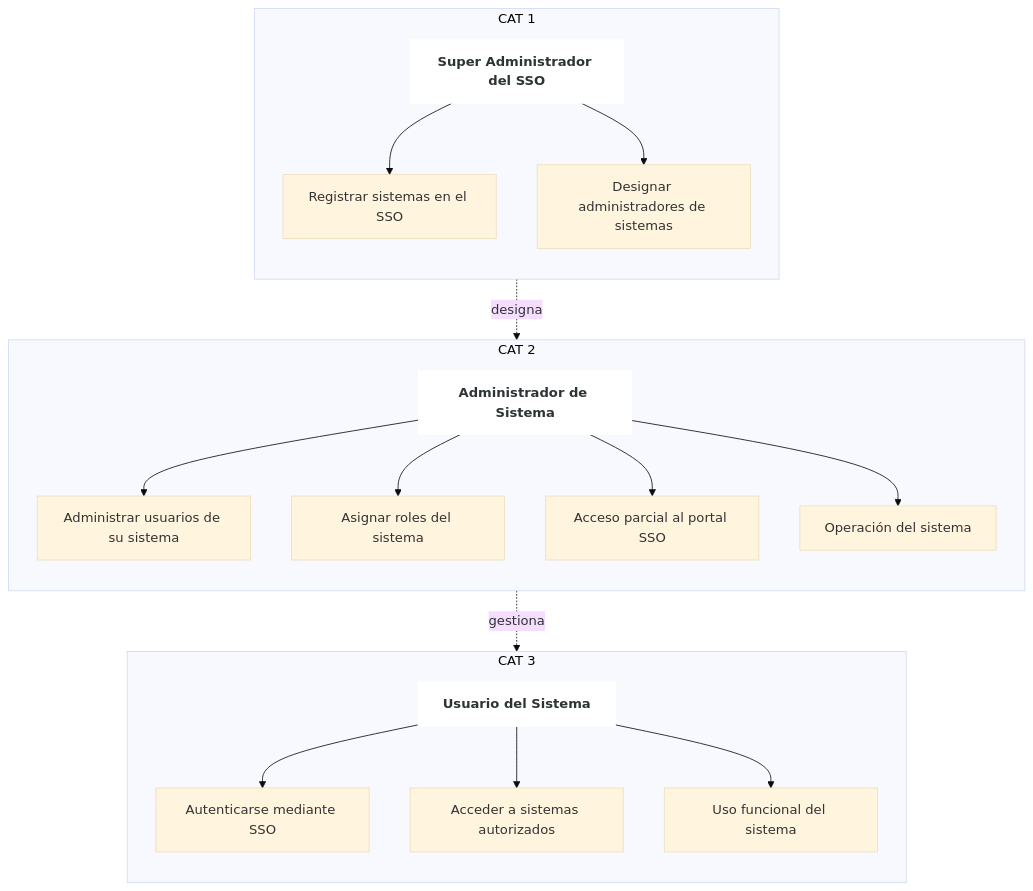
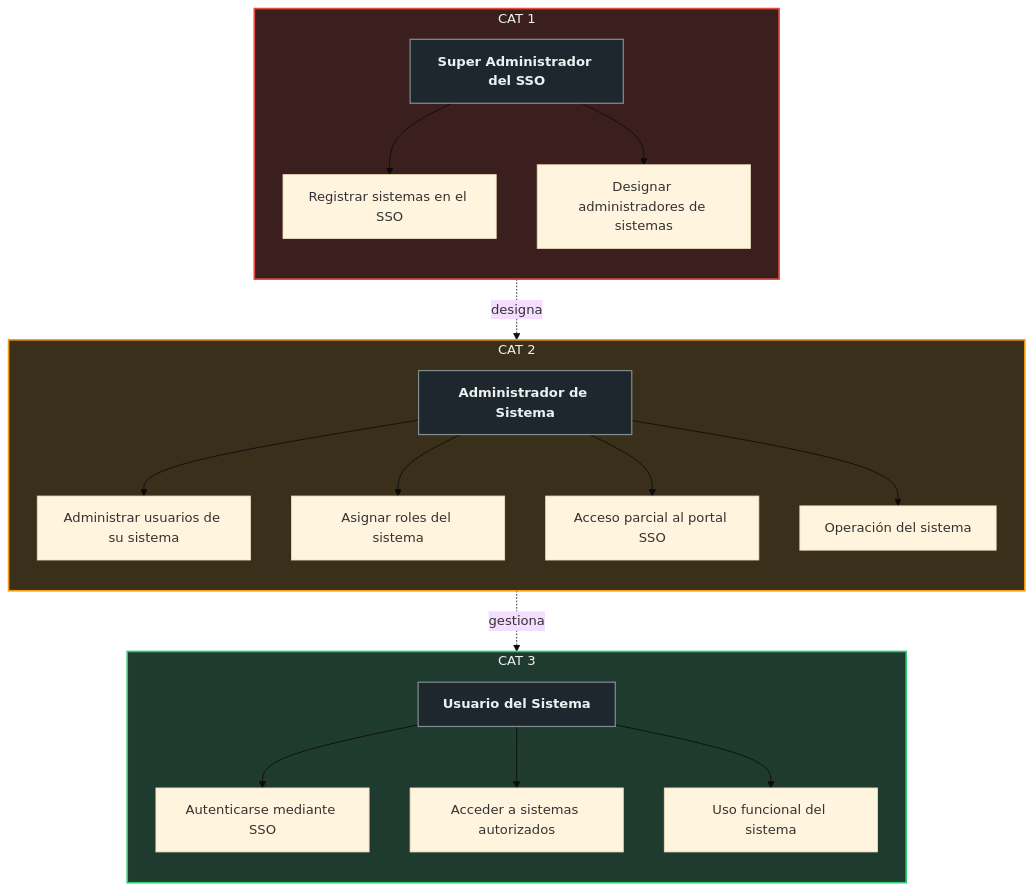
The diagram in docs/diagrams/sso-governance/diagram-02-systems-administration.mmd (jvaldezb/Sso), drawn with Mermaid (base theme) before and after one commit. The commit also changed 5 other files, not shown here.

```diff
--- a/docs/diagrams/sso-governance/diagram-02-systems-administration.mmd
+++ b/docs/diagrams/sso-governance/diagram-02-systems-administration.mmd
@@ -1,61 +1,69 @@
 flowchart TB
 
     %% ===============================
     %% CATEGORÍA 1 – SUPER ADMIN SSO
     %% ===============================
     subgraph CAT1[CAT 1]
         direction TB
         H1[Super Administrador del SSO]
 
         S1[Registrar sistemas en el SSO]
         S2[Designar administradores de sistemas]
 
         H1 --> S1
         H1 --> S2
     end
 
     %% ===============================
     %% CATEGORÍA 2 – ADMIN SISTEMA
     %% ===============================
     subgraph CAT2[CAT 2]
         direction TB
         H2[Administrador de Sistema]
 
         A1[Administrar usuarios de su sistema]
         A2[Asignar roles del sistema]
         A3[Acceso parcial al portal SSO]
         A4[Operación del sistema]
 
         H2 --> A1
         H2 --> A2
         H2 --> A3
         H2 --> A4
     end
 
     %% ===============================
     %% CATEGORÍA 3 – USUARIO FINAL
     %% ===============================
     subgraph CAT3[CAT 3]
         direction TB
         H3[Usuario del Sistema]
 
         U1[Autenticarse mediante SSO]
         U2[Acceder a sistemas autorizados]
         U3[Uso funcional del sistema]
 
         H3 --> U1
         H3 --> U2
         H3 --> U3
     end
 
     %% ===============================
     %% RELACIONES DE GESTIÓN
     %% ===============================
     S2 -.->|designa| H2
     H2 -.->|gestiona| H3
 
     %% ===============================
-    %% ESTILOS
+    %% ESTILOS DARK MODE (CON BORDES)
     %% ===============================
-    classDef header fill:#ffffff,stroke:#ffffff,color:#2d3436,font-weight:bold;
-    class H1,H2,H3 header;
+    classDef header fill:#1e272e,stroke:#7f8c8d,stroke-width:1.5px,color:#ecf0f1,font-weight:bold;
+
+    classDef super fill:#3b1f1f,stroke:#e74c3c,stroke-width:2px,color:#ecf0f1;
+    classDef admin fill:#3a2f1a,stroke:#f39c12,stroke-width:2px,color:#ecf0f1;
+    classDef user fill:#1f3a2e,stroke:#2ecc71,stroke-width:2px,color:#ecf0f1;
+
+    class H1,H2,H3 header
+    class CAT1 super
+    class CAT2 admin
+    class CAT3 user
```
